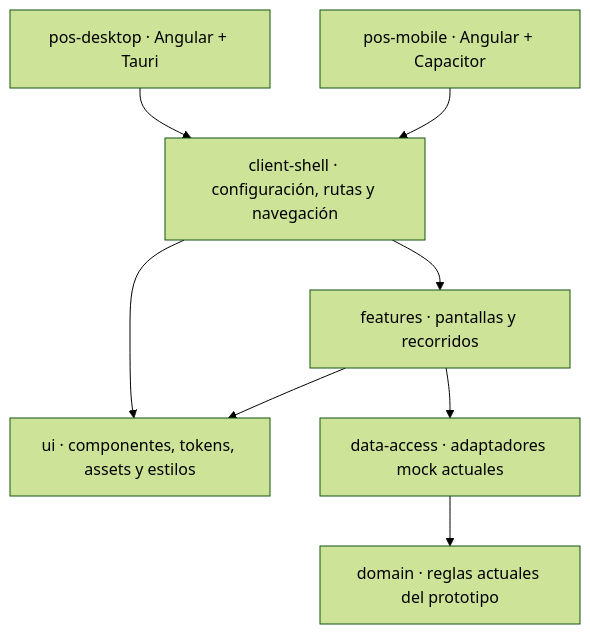
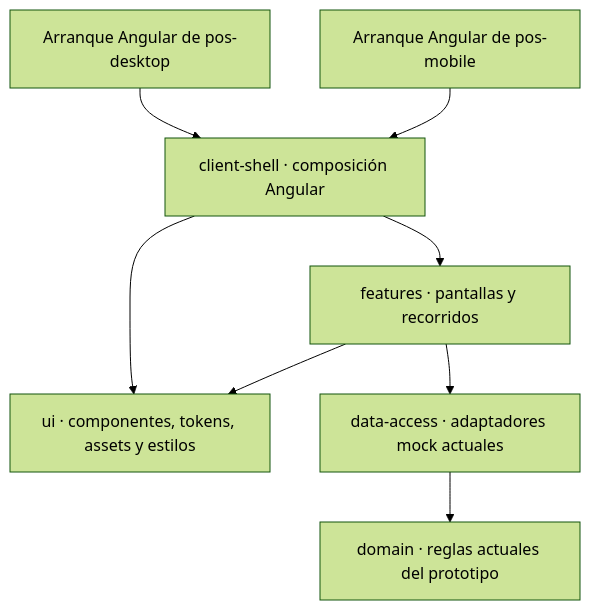
Before and after one commit to developer-implementos/pos-docs: the second of 2 diagrams in docs/decisions/native-clients.md, drawn with Mermaid (forest theme). The commit also changed other lines of this file and 71 other files, not shown here.

````diff
--- a/docs/decisions/native-clients.md
+++ b/docs/decisions/native-clients.md
@@ -15,10 +42,10 @@
 ```mermaid
 flowchart TB
-    Desktop["pos-desktop · Angular + Tauri"] --> Shell["client-shell · configuración, rutas y navegación"]
-    Mobile["pos-mobile · Angular + Capacitor"] --> Shell
+    Desktop["Arranque Angular de pos-desktop"] --> Shell["client-shell · composición Angular"]
+    Mobile["Arranque Angular de pos-mobile"] --> Shell
     Shell --> Features["features · pantallas y recorridos"]
     Shell --> UI["ui · componentes, tokens, assets y estilos"]
     Features --> UI
     Features --> Data["data-access · adaptadores mock actuales"]
     Data --> Domain["domain · reglas actuales del prototipo"]
 ```
````
